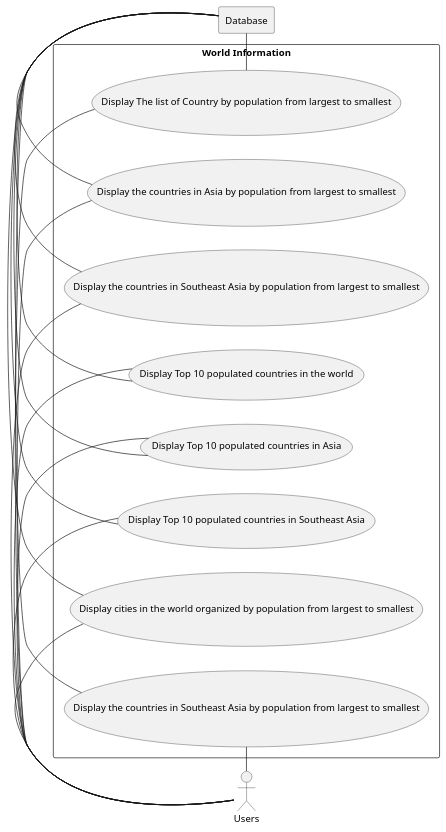
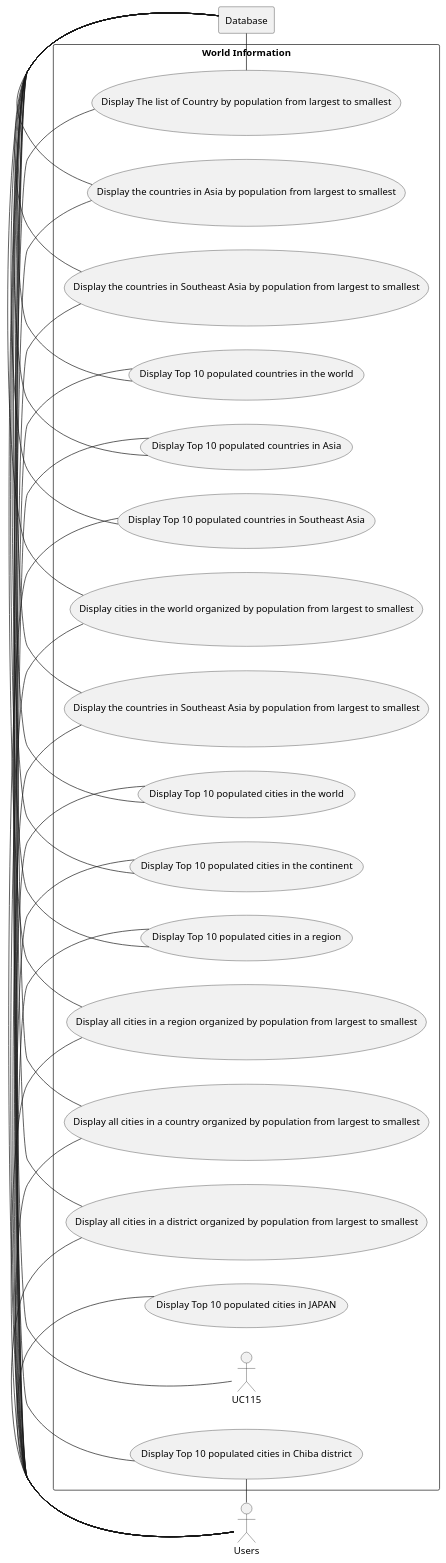
Before and after one commit to Group-6-DevOps/Group6: the diagram in use-cases/World.puml, drawn with PlantUML.

Commit message:
Usecase upated

```diff
--- a/use-cases/World.puml
+++ b/use-cases/World.puml
@@ -1,42 +1,73 @@
 @startuml
 
 actor Users as "Users"
 left to right direction
 rectangle Database
 
 rectangle "World Information" {
     usecase UC1 as "Display The list of Country by population from largest to smallest"
     Users - UC1
     UC1 - Database
 
     usecase UC2 as "Display the countries in Asia by population from largest to smallest"
     Users - UC2
     UC2 - Database
 
     usecase UC3 as "Display the countries in Southeast Asia by population from largest to smallest"
     Users - UC3
     UC3 - Database
 
     usecase UC4 as "Display Top 10 populated countries in the world"
     Users - UC4
     UC4 - Database
 
     usecase UC5 as "Display Top 10 populated countries in Asia"
     Users - UC5
     UC5 - Database
 
     usecase UC6 as "Display Top 10 populated countries in Southeast Asia"
     Users - UC6
     UC6 - Database
 
     usecase UC7 as "Display cities in the world organized by population from largest to smallest"
     Users - UC7
     UC7 - Database
 
     usecase UC8 as "Display the countries in Southeast Asia by population from largest to smallest"
     Users - UC8
     UC8 - Database
 
+     usecase UC9 as "Display Top 10 populated cities in the world"
+     Users - UC9
+     UC9 - Database
+
+      usecase UC10 as "Display Top 10 populated cities in the continent"
+      Users - UC10
+      UC10 - Database
+
+      usecase UC11 as "Display Top 10 populated cities in a region"
+      Users - UC11
+      UC11 - Database
+
+      usecase UC12 as "Display all cities in a region organized by population from largest to smallest"
+      Users - UC12
+      UC12 - Database
+
+      usecase UC13 as "Display all cities in a country organized by population from largest to smallest"
+      Users - UC13
+      UC13 - Database
+
+      usecase UC14 as "Display all cities in a district organized by population from largest to smallest"
+      Users - UC14
+      UC14 - Database
+
+      usecase UC15 as "Display Top 10 populated cities in JAPAN"
+      Users - UC15
+      UC115 - Database
+
+      usecase UC16 as "Display Top 10 populated cities in Chiba district"
+      Users - UC16
+      UC16 - Database
 }
 
 @enduml
```
